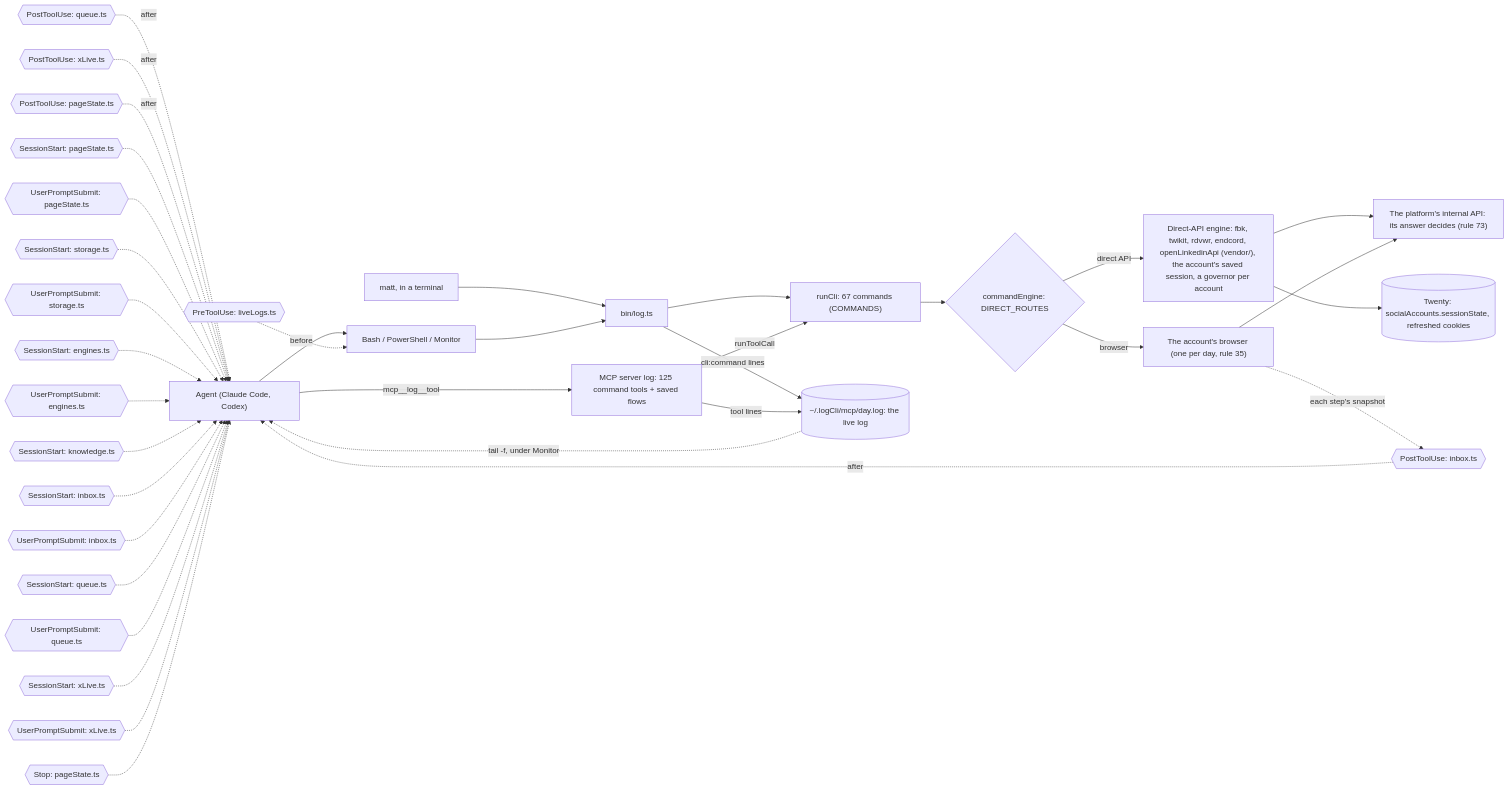
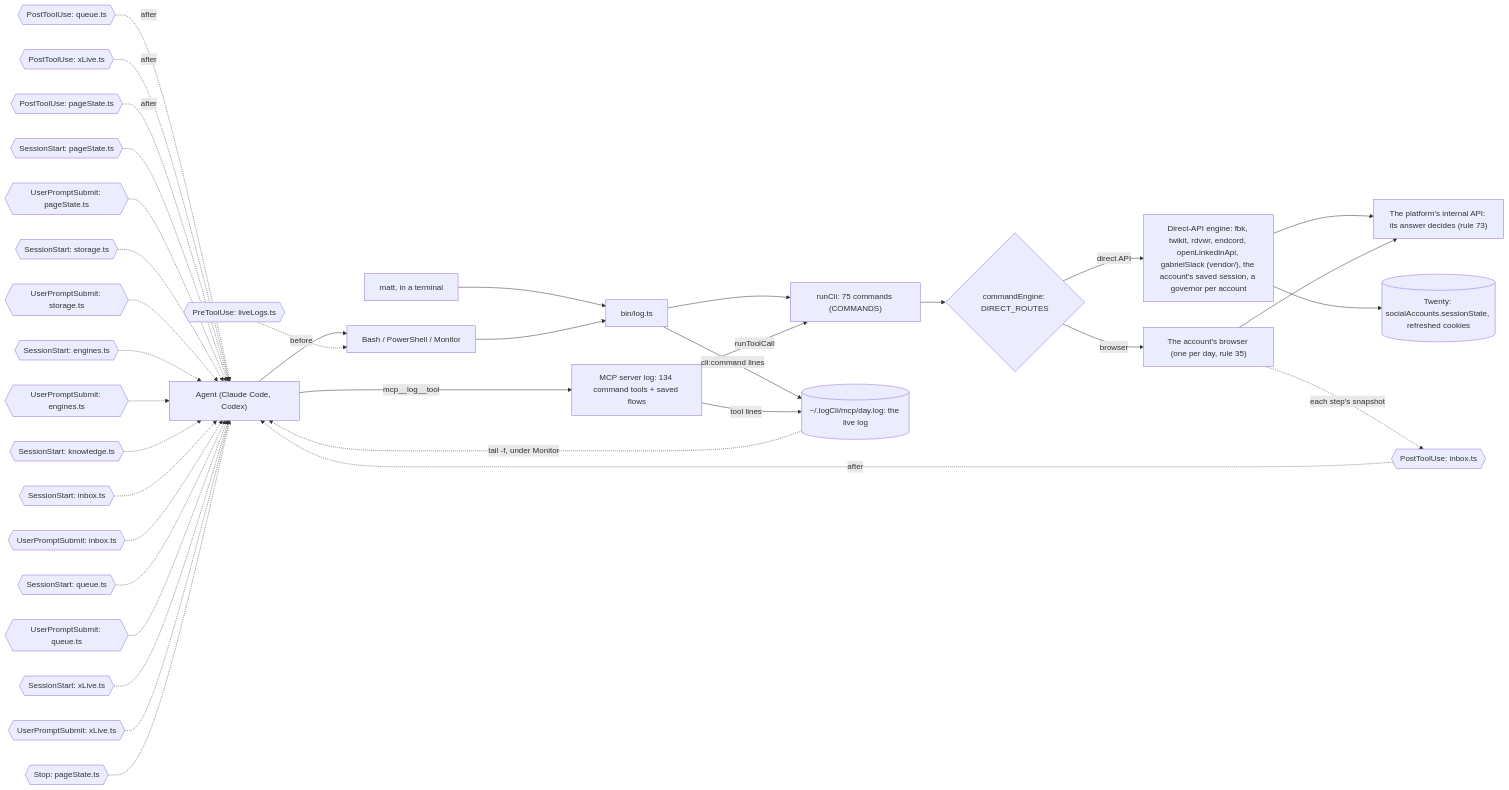
Before and after one commit to matthewdonsemail-lab/log: the third of 6 diagrams in docs/reference.md, drawn with Mermaid. The commit also changed other lines of this file and 180 other files, not shown here.

First line of the commit message:
feat: Slack platform on gabriel-slack, collab maxxing use case, Discord delete, rules 122-124

````diff
--- a/docs/reference.md
+++ b/docs/reference.md
@@ -146,50 +164,50 @@
 ```mermaid
 flowchart LR
   agent["Agent (Claude Code, Codex)"]
   matt["matt, in a terminal"]
   shell["Bash / PowerShell / Monitor"]
-  mcp["MCP server log: 125 command tools + saved flows"]
+  mcp["MCP server log: 134 command tools + saved flows"]
   bin["bin/log.ts"]
-  runCli["runCli: 67 commands (COMMANDS)"]
+  runCli["runCli: 75 commands (COMMANDS)"]
   live[("~/.logCli/mcp/day.log: the live log")]
   engine{"commandEngine: DIRECT_ROUTES"}
-  direct["Direct-API engine: fbk, twikit, rdvwr, endcord, openLinkedinApi (vendor/), the account's saved session, a governor per account"]
+  direct["Direct-API engine: fbk, twikit, rdvwr, endcord, openLinkedinApi, gabrielSlack (vendor/), the account's saved session, a governor per account"]
   browser["The account's browser (one per day, rule 35)"]
   api["The platform's internal API: its answer decides (rule 73)"]
   twenty[("Twenty: socialAccounts.sessionState, refreshed cookies")]
   agent --> shell
   matt --> bin
   shell --> bin
   agent -->|mcp__log__tool| mcp
   bin --> runCli
   mcp -->|runToolCall| runCli
   runCli --> engine
   engine -->|direct API| direct
   engine -->|browser| browser
   direct --> api
   browser --> api
   direct --> twenty
   bin -->|cli:command lines| live
   mcp -->|tool lines| live
   live -.->|tail -f, under Monitor| agent
   pre0{{"PreToolUse: liveLogs.ts"}} -.->|before| shell
   post0{{"PostToolUse: inbox.ts"}} -.->|after| agent
   post1{{"PostToolUse: queue.ts"}} -.->|after| agent
   post2{{"PostToolUse: xLive.ts"}} -.->|after| agent
   post3{{"PostToolUse: pageState.ts"}} -.->|after| agent
   turn0{{"SessionStart: pageState.ts"}} -.-> agent
   turn1{{"UserPromptSubmit: pageState.ts"}} -.-> agent
   turn2{{"SessionStart: storage.ts"}} -.-> agent
   turn3{{"UserPromptSubmit: storage.ts"}} -.-> agent
   turn4{{"SessionStart: engines.ts"}} -.-> agent
   turn5{{"UserPromptSubmit: engines.ts"}} -.-> agent
   turn6{{"SessionStart: knowledge.ts"}} -.-> agent
   turn7{{"SessionStart: inbox.ts"}} -.-> agent
   turn8{{"UserPromptSubmit: inbox.ts"}} -.-> agent
   turn9{{"SessionStart: queue.ts"}} -.-> agent
   turn10{{"UserPromptSubmit: queue.ts"}} -.-> agent
   turn11{{"SessionStart: xLive.ts"}} -.-> agent
   turn12{{"UserPromptSubmit: xLive.ts"}} -.-> agent
   turn13{{"Stop: pageState.ts"}} -.-> agent
   browser -.->|each step's snapshot| post0
 ```
````
